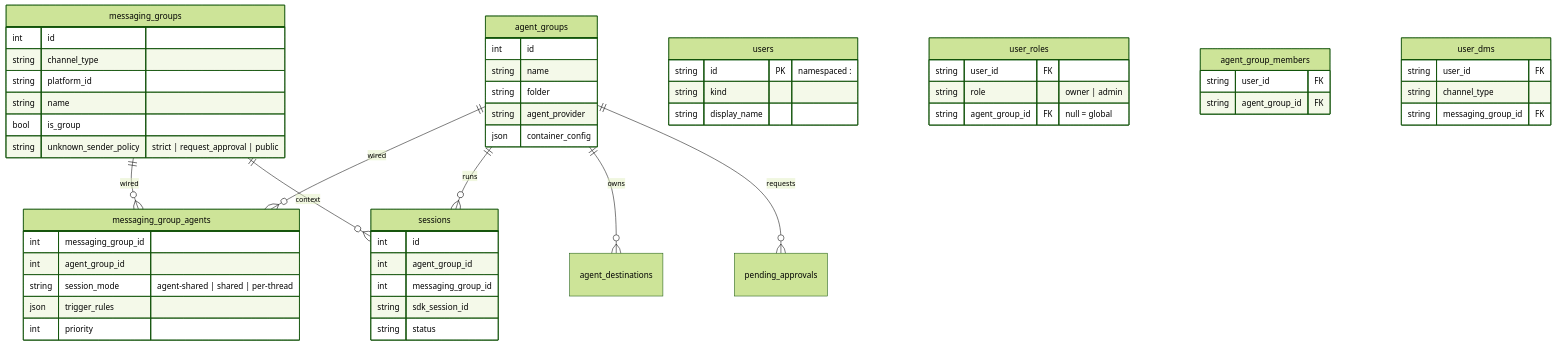
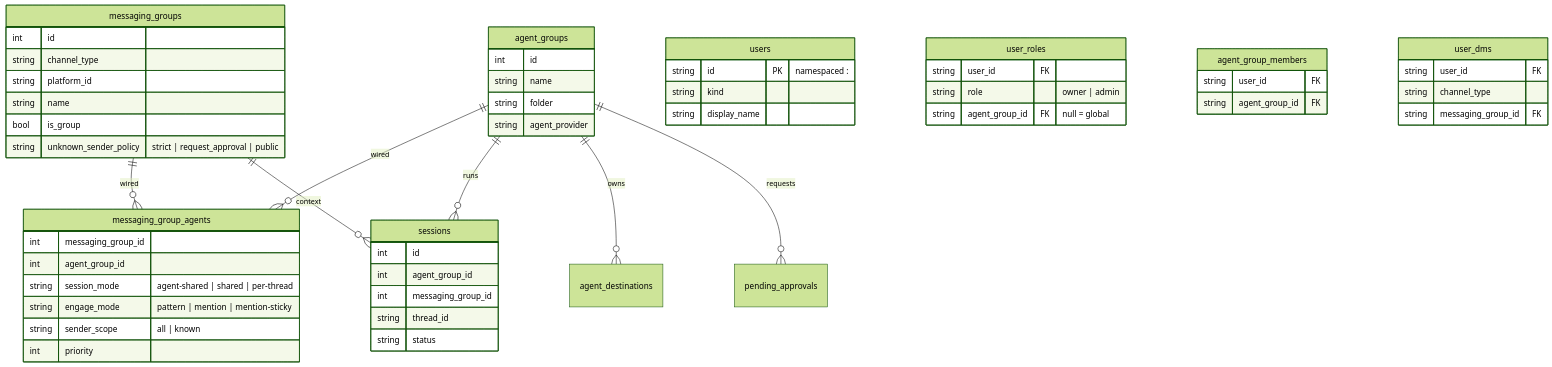
Before and after one commit to anupsinghinfra/oncellclaw: the fourth of 5 diagrams in docs/architecture-diagram.md, drawn with Mermaid (forest theme). The commit also changed other lines of this file and 5 other files, not shown here.

Commit message:
docs: sync DB schema + entity docs with migrations 010-018

````diff
--- a/docs/architecture-diagram.md
+++ b/docs/architecture-diagram.md
@@ -129,58 +129,58 @@
 ```mermaid
 erDiagram
   agent_groups ||--o{ messaging_group_agents : wired
   messaging_groups ||--o{ messaging_group_agents : wired
   agent_groups ||--o{ sessions : runs
   messaging_groups ||--o{ sessions : context
   agent_groups ||--o{ agent_destinations : owns
   agent_groups ||--o{ pending_approvals : requests
 
   agent_groups {
     int id
     string name
     string folder
     string agent_provider
-    json container_config
   }
   messaging_groups {
     int id
     string channel_type
     string platform_id
     string name
     bool is_group
     string unknown_sender_policy "strict | request_approval | public"
   }
   users {
     string id PK "namespaced <channel>:<handle>"
     string kind
     string display_name
   }
   user_roles {
     string user_id FK
     string role "owner | admin"
     string agent_group_id FK "null = global"
   }
   agent_group_members {
     string user_id FK
     string agent_group_id FK
   }
   user_dms {
     string user_id FK
     string channel_type
     string messaging_group_id FK
   }
   messaging_group_agents {
     int messaging_group_id
     int agent_group_id
     string session_mode "agent-shared | shared | per-thread"
-    json trigger_rules
+    string engage_mode "pattern | mention | mention-sticky"
+    string sender_scope "all | known"
     int priority
   }
   sessions {
     int id
     int agent_group_id
     int messaging_group_id
-    string sdk_session_id
+    string thread_id
     string status
   }
 ```
````
